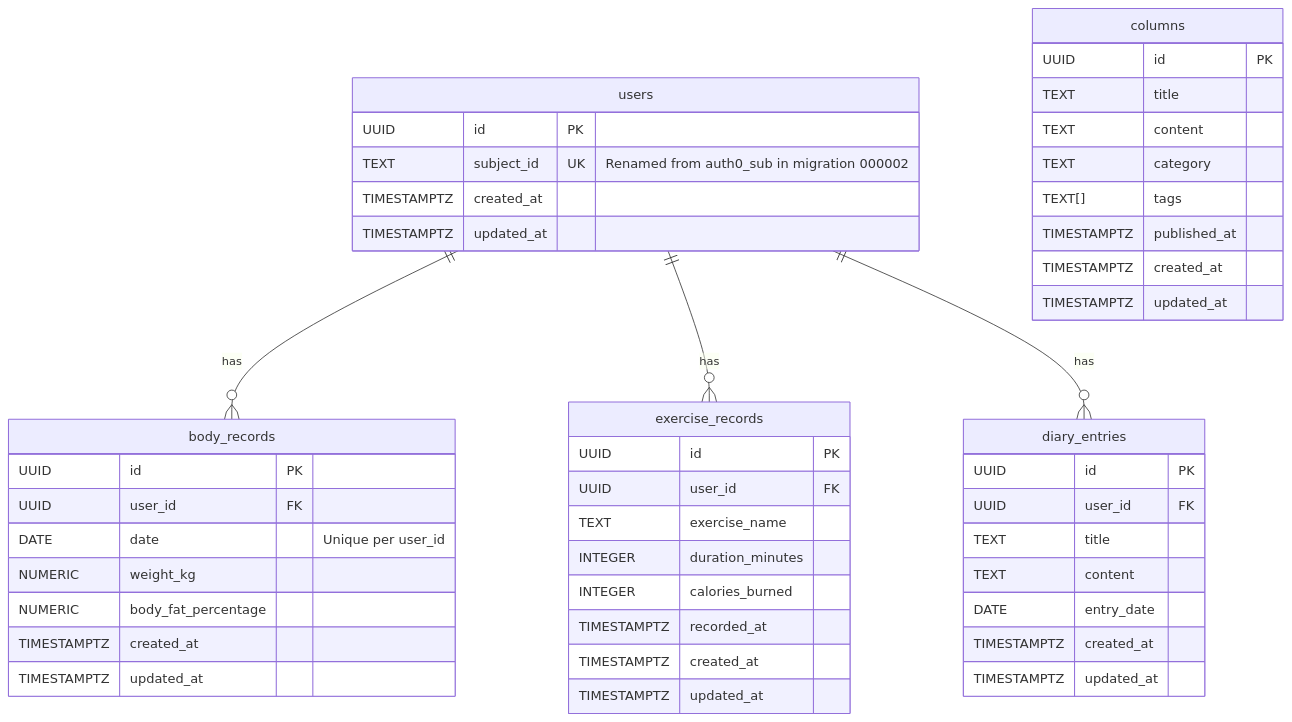
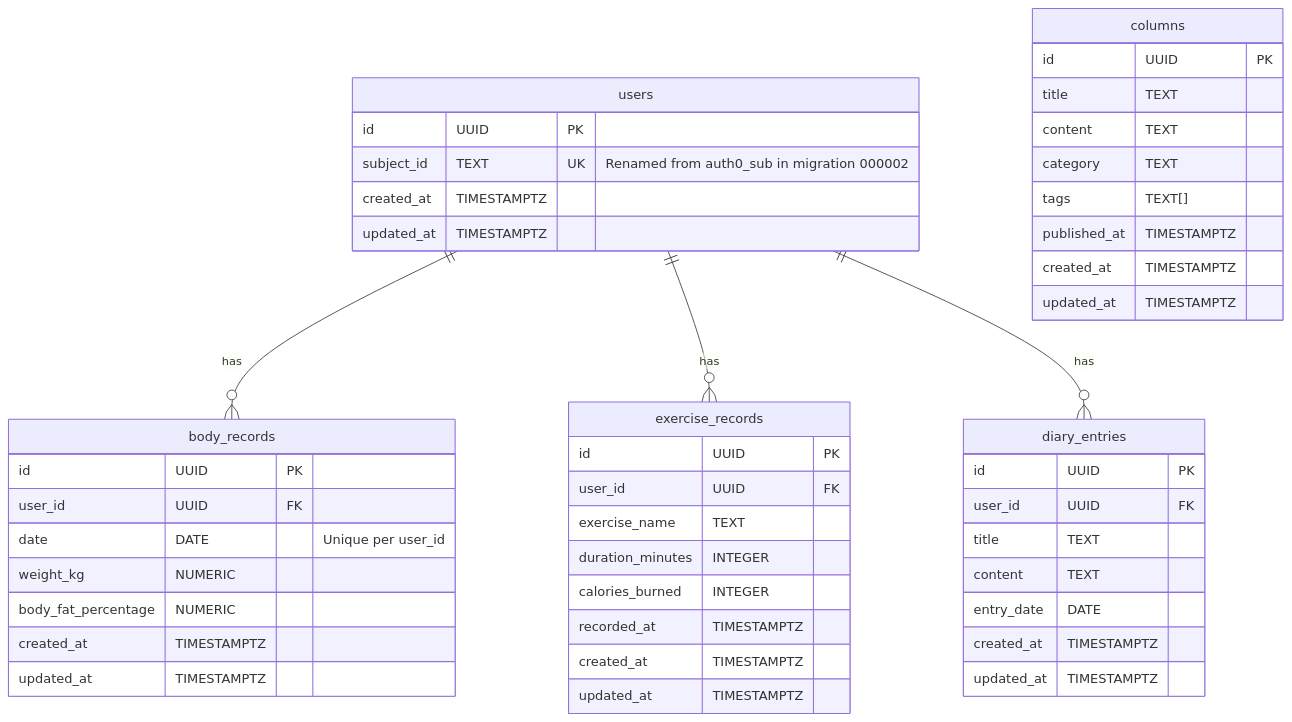
One commit to atreya2011/health-management-api changed the diagram in README.md. Above: the diagram before and after it, drawn with Mermaid.

Commit message:
docs: standardize database schema formatting in README for clarity

````diff
--- a/README.md
+++ b/README.md
@@ -54,55 +54,55 @@
 ```mermaid
 erDiagram
     users ||--o{ body_records : "has"
     users ||--o{ exercise_records : "has"
     users ||--o{ diary_entries : "has"
 
     users {
-        UUID id PK
-        TEXT subject_id UK "Renamed from auth0_sub in migration 000002"
-        TIMESTAMPTZ created_at
-        TIMESTAMPTZ updated_at
+        id UUID PK
+        subject_id TEXT UK "Renamed from auth0_sub in migration 000002"
+        created_at TIMESTAMPTZ
+        updated_at TIMESTAMPTZ
     }
 
     body_records {
-        UUID id PK
-        UUID user_id FK
-        DATE date "Unique per user_id"
-        NUMERIC weight_kg
-        NUMERIC body_fat_percentage
-        TIMESTAMPTZ created_at
-        TIMESTAMPTZ updated_at
+        id UUID PK
+        user_id UUID FK
+        date DATE "Unique per user_id"
+        weight_kg NUMERIC
+        body_fat_percentage NUMERIC
+        created_at TIMESTAMPTZ
+        updated_at TIMESTAMPTZ
     }
 
     exercise_records {
-        UUID id PK
-        UUID user_id FK
-        TEXT exercise_name
-        INTEGER duration_minutes
-        INTEGER calories_burned
-        TIMESTAMPTZ recorded_at
-        TIMESTAMPTZ created_at
-        TIMESTAMPTZ updated_at
+        id UUID PK
+        user_id UUID FK
+        exercise_name TEXT
+        duration_minutes INTEGER
+        calories_burned INTEGER
+        recorded_at TIMESTAMPTZ
+        created_at TIMESTAMPTZ
+        updated_at TIMESTAMPTZ
     }
 
     diary_entries {
-        UUID id PK
-        UUID user_id FK
-        TEXT title
-        TEXT content
-        DATE entry_date
-        TIMESTAMPTZ created_at
-        TIMESTAMPTZ updated_at
+        id UUID PK
+        user_id UUID FK
+        title TEXT
+        content TEXT
+        entry_date DATE
+        created_at TIMESTAMPTZ
+        updated_at TIMESTAMPTZ
     }
 
     columns {
-        UUID id PK
-        TEXT title
-        TEXT content
-        TEXT category
-        TEXT[] tags
-        TIMESTAMPTZ published_at
-        TIMESTAMPTZ created_at
-        TIMESTAMPTZ updated_at
+        id UUID PK
+        title TEXT
+        content TEXT
+        category TEXT
+        tags TEXT[]
+        published_at TIMESTAMPTZ
+        created_at TIMESTAMPTZ
+        updated_at TIMESTAMPTZ
     }
 ```
````
